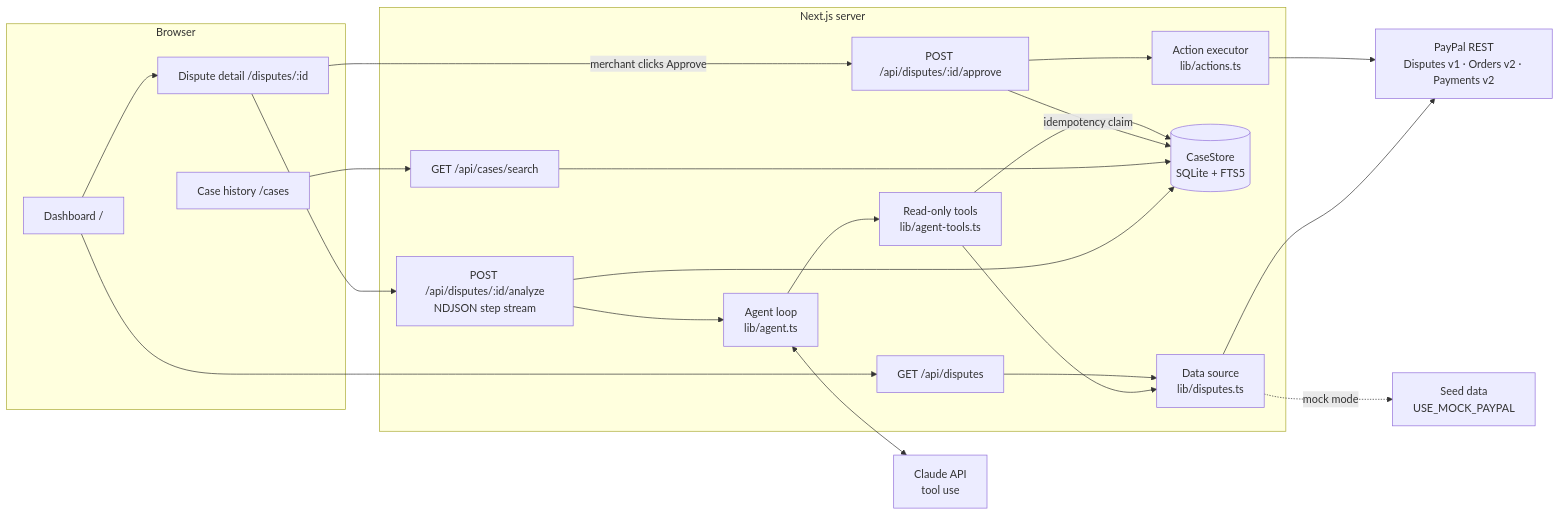
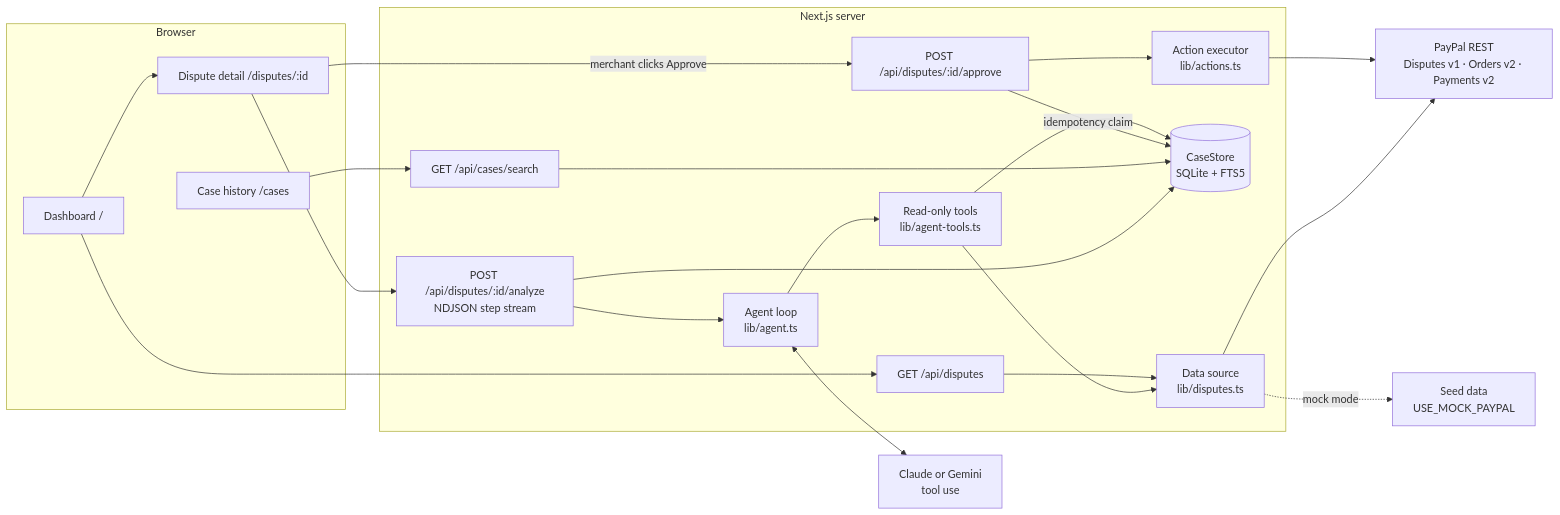
Before and after one commit to rahulcse129/DisputeDesk-PayPal-AI-Hackathon: the diagram in README.md, drawn with Mermaid. The commit also changed other lines of this file and 15 other files, not shown here.

````diff
--- a/README.md
+++ b/README.md
@@ -107,35 +110,35 @@
 ```mermaid
 flowchart LR
   subgraph Browser
     D[Dashboard /] --> V[Dispute detail /disputes/:id]
     H[Case history /cases]
   end
 
   subgraph Next.js server
     A1[GET /api/disputes]
     A2[POST /api/disputes/:id/analyze<br/>NDJSON step stream]
     A3[POST /api/disputes/:id/approve]
     A4[GET /api/cases/search]
     AG[Agent loop<br/>lib/agent.ts]
     T[Read-only tools<br/>lib/agent-tools.ts]
     X[Action executor<br/>lib/actions.ts]
     S[(CaseStore<br/>SQLite + FTS5)]
     DS[Data source<br/>lib/disputes.ts]
   end
 
-  C[Claude API<br/>tool use]
+  C[Claude or Gemini<br/>tool use]
   PP[PayPal REST<br/>Disputes v1 · Orders v2 · Payments v2]
   M[Seed data<br/>USE_MOCK_PAYPAL]
 
   D --> A1 --> DS
   V --> A2 --> AG
   AG <--> C
   AG --> T --> DS
   T --> S
   V -- merchant clicks Approve --> A3 --> X --> PP
   A3 -- idempotency claim --> S
   H --> A4 --> S
   DS --> PP
   DS -.mock mode.-> M
   A2 --> S
 ```
````
